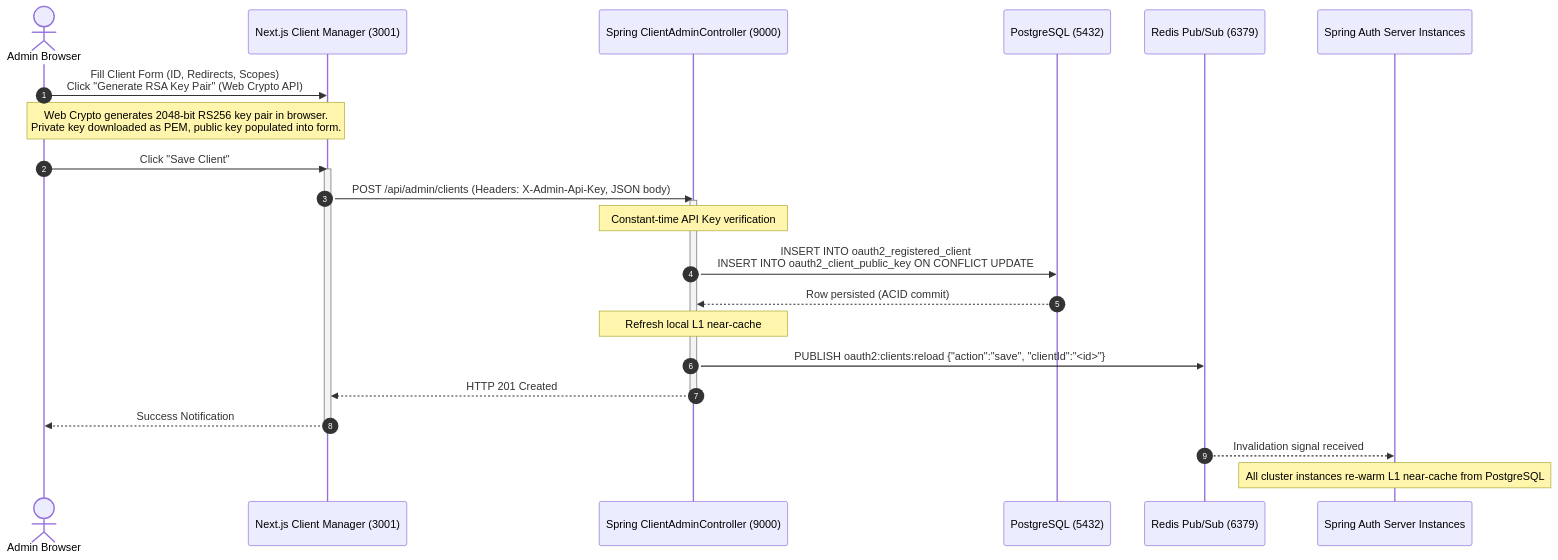
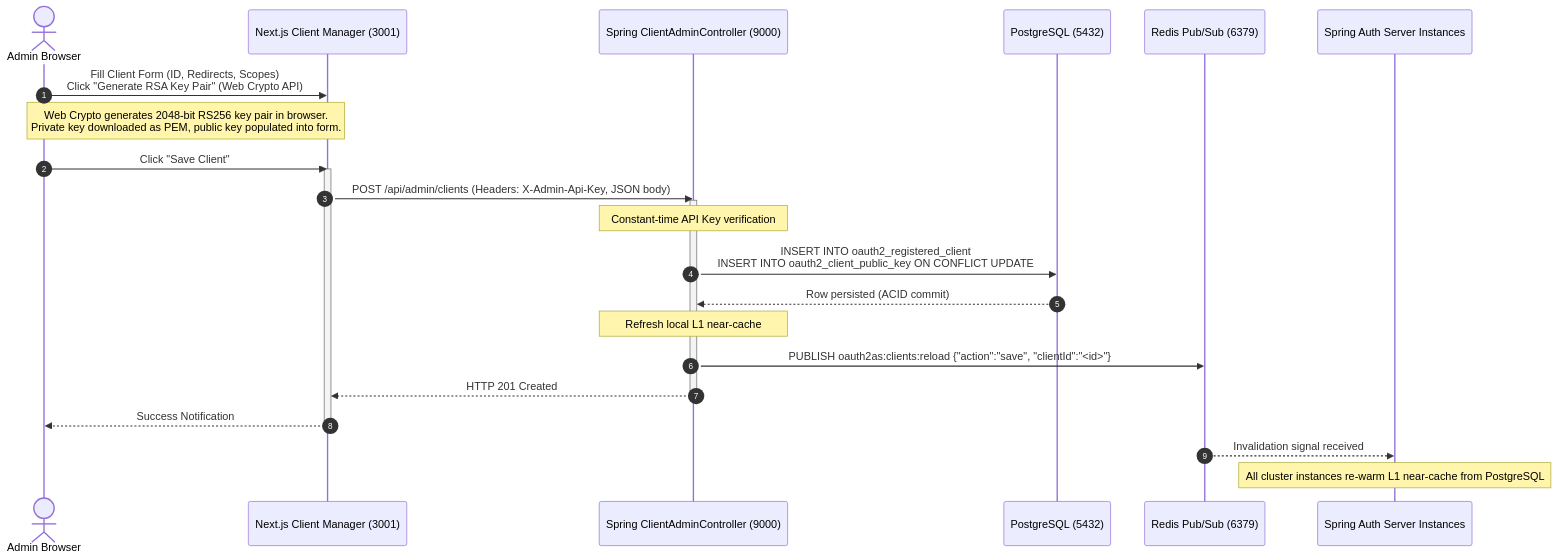
One commit to shoeyn/oauth-server changed the third of 4 diagrams in docs/architecture/client_config_and_caching_flow.md. Above: the diagram before and after it, drawn with Mermaid. The commit also changed other lines of this file and 26 other files, not shown here.

````diff
--- a/docs/architecture/client_config_and_caching_flow.md
+++ b/docs/architecture/client_config_and_caching_flow.md
@@ -79,32 +79,32 @@
 ```mermaid
 sequenceDiagram
     autonumber
     actor Admin as Admin Browser
     participant Manager as Next.js Client Manager (3001)
     participant SpringAdmin as Spring ClientAdminController (9000)
     participant PG as PostgreSQL (5432)
     participant Redis as Redis Pub/Sub (6379)
     participant Cluster as Spring Auth Server Instances
 
     Admin->>Manager: Fill Client Form (ID, Redirects, Scopes)<br/>Click "Generate RSA Key Pair" (Web Crypto API)
     Note over Admin, Manager: Web Crypto generates 2048-bit RS256 key pair in browser.<br/>Private key downloaded as PEM, public key populated into form.
     Admin->>Manager: Click "Save Client"
     activate Manager
 
     Manager->>SpringAdmin: POST /api/admin/clients (Headers: X-Admin-Api-Key, JSON body)
     activate SpringAdmin
     Note over SpringAdmin: Constant-time API Key verification
     SpringAdmin->>PG: INSERT INTO oauth2_registered_client<br/>INSERT INTO oauth2_client_public_key ON CONFLICT UPDATE
     PG-->>SpringAdmin: Row persisted (ACID commit)
     Note over SpringAdmin: Refresh local L1 near-cache
 
-    SpringAdmin->>Redis: PUBLISH oauth2:clients:reload {"action":"save", "clientId":"<id>"}
+    SpringAdmin->>Redis: PUBLISH oauth2as:clients:reload {"action":"save", "clientId":"<id>"}
     SpringAdmin-->>Manager: HTTP 201 Created
     deactivate SpringAdmin
 
     Manager-->>Admin: Success Notification
     deactivate Manager
 
     Redis-->>Cluster: Invalidation signal received
     Note over Cluster: All cluster instances re-warm L1 near-cache from PostgreSQL
 ```
````
